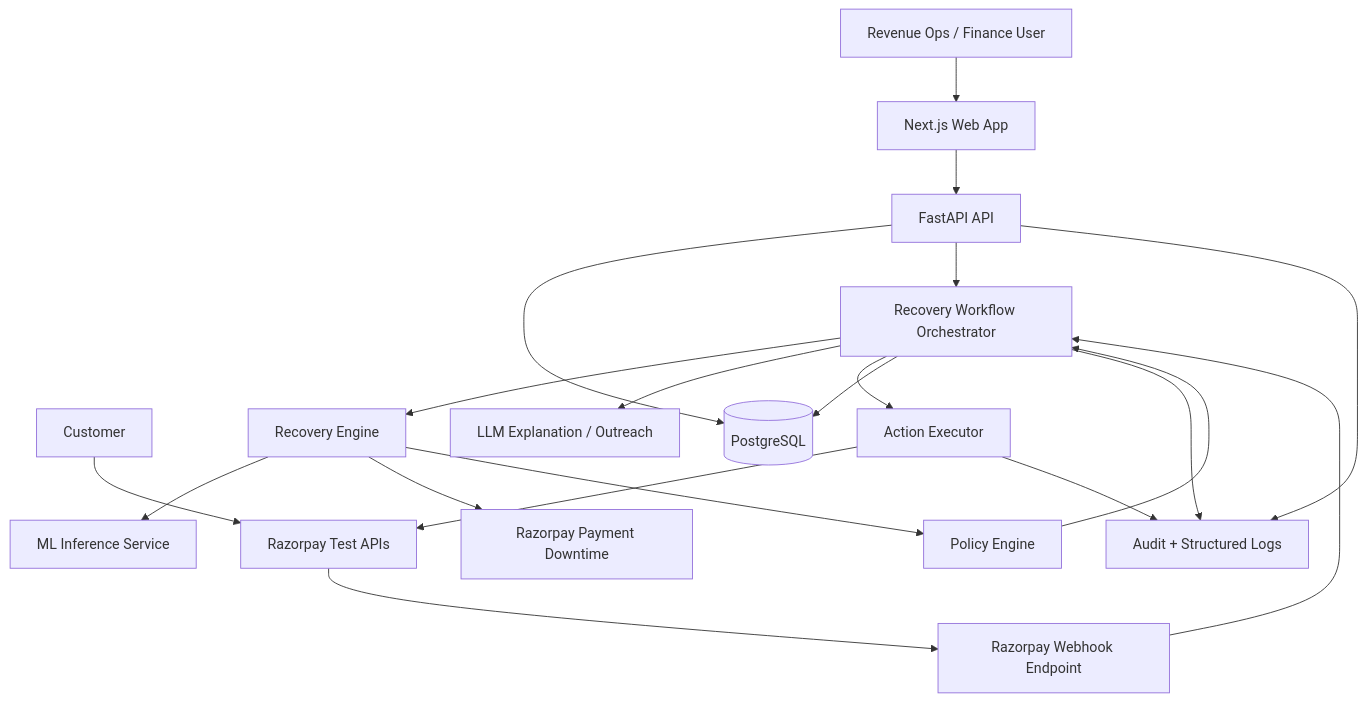
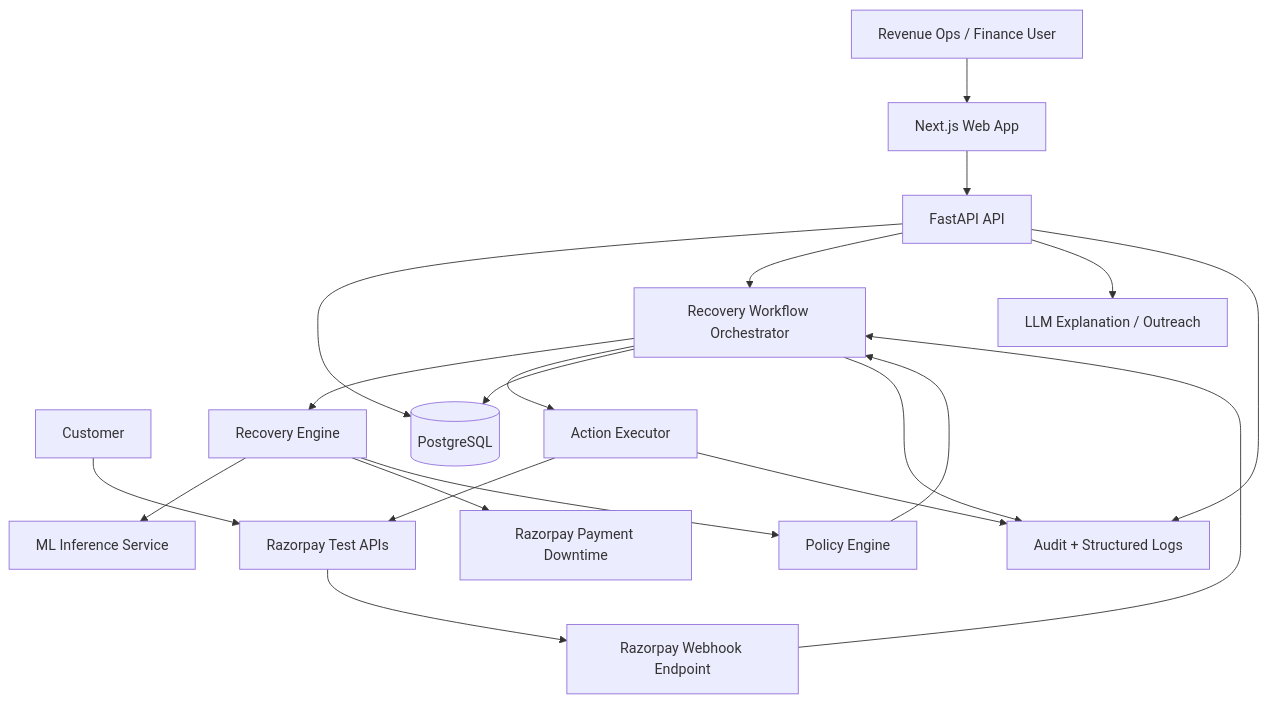
Before and after one commit to swikarthanekar/RevLoop: the diagram in README.md, drawn with Mermaid. The commit also changed other lines of this file and 4 other files, not shown here.

````diff
--- a/README.md
+++ b/README.md
@@ -97,32 +97,32 @@
 ```mermaid
 flowchart TD
     USER[Revenue Ops / Finance User]
     CUSTOMER[Customer]
     WEB[Next.js Web App]
     API[FastAPI API]
     WH[Razorpay Webhook Endpoint]
     WF[Recovery Workflow Orchestrator]
     REC[Recovery Engine]
     POLICY[Policy Engine]
     ML[ML Inference Service]
     LLM[LLM Explanation / Outreach]
     EXEC[Action Executor]
     DB[(PostgreSQL)]
     AUDIT[Audit + Structured Logs]
     RP[Razorpay Test APIs]
     DOWN[Razorpay Payment Downtime]
 
     USER --> WEB --> API --> DB
     API --> WF
     RP --> WH --> WF
     WF --> REC --> ML
     REC --> DOWN
     REC --> POLICY --> WF
-    WF --> LLM
+    API --> LLM
     WF --> EXEC --> RP
     WF --> DB
     API --> AUDIT
     WF --> AUDIT
     EXEC --> AUDIT
     CUSTOMER --> RP
 ```
````
